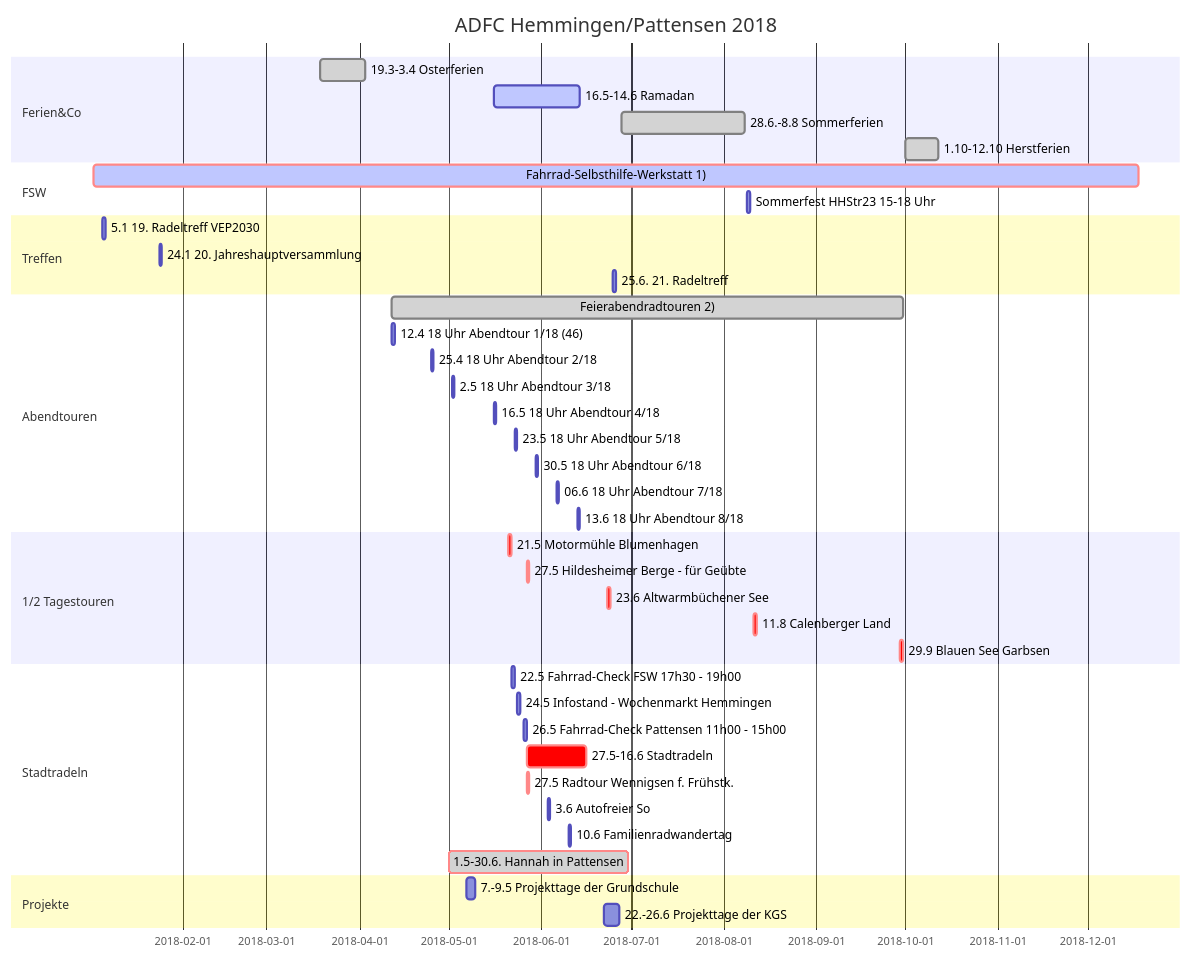
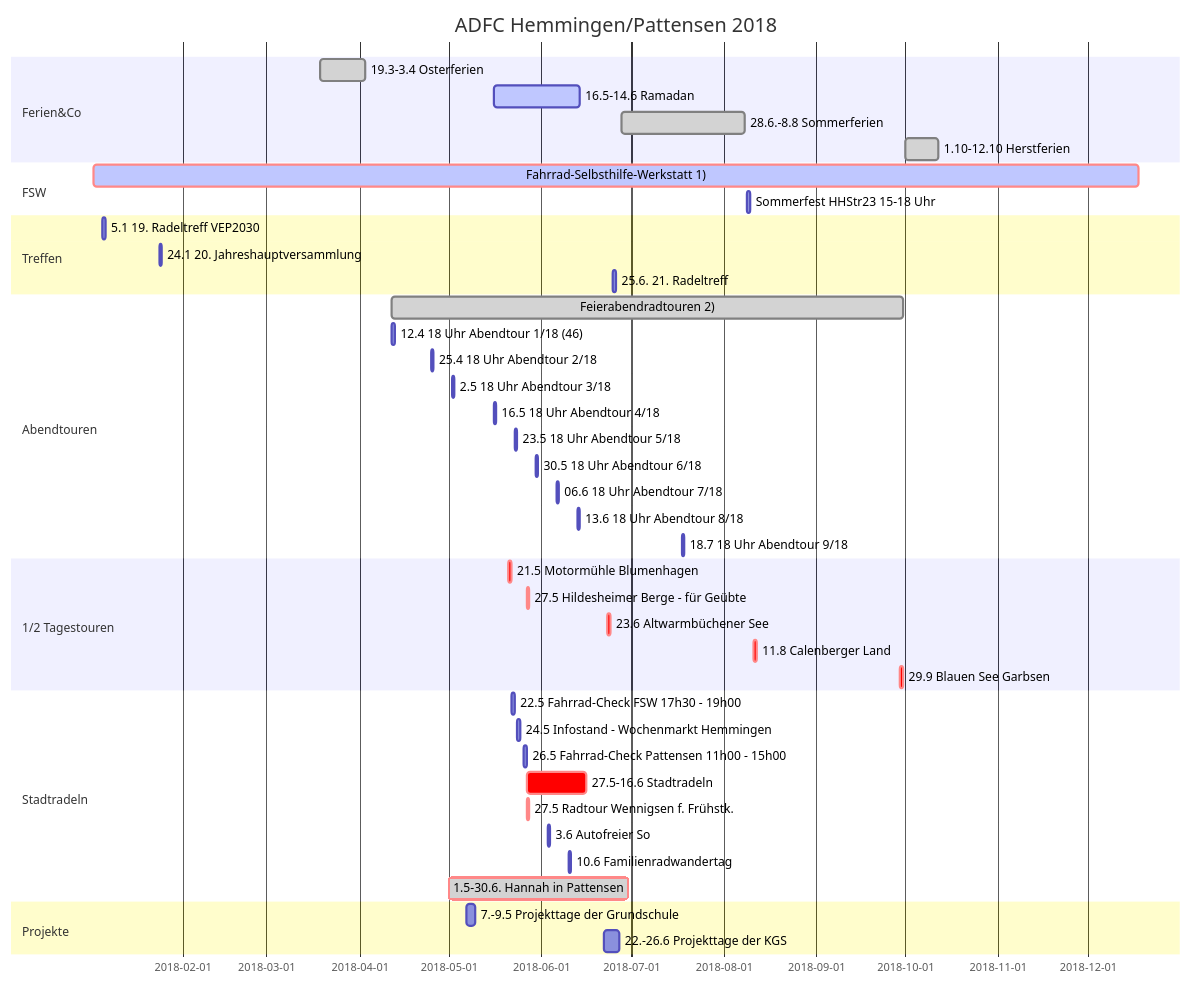
The diagram in index.md (adfc-hemmingen-pattensen/adfc-hemmingen-pattensen.github.io), drawn with Mermaid before and after one commit. The commit also changed other lines of this file and 2 other files, not shown here.

````diff
--- a/index.md
+++ b/index.md
@@ -78,53 +90,54 @@
 ```mermaid
 gantt
   title ADFC Hemmingen/Pattensen 2018
   dateFormat  DD.MM.YY
 
 section Ferien&Co
   19.3-3.4 Osterferien                        :done,        19.03.18, 03.04.18
   16.5-14.6  Ramadan                          :active,done, 16.05.18, 14.06.18
   28.6.-8.8 Sommerferien                      :done,        28.06.18, 08.08.18
   1.10-12.10 Herstferien                      :done,        01.10.18, 12.10.18
 
 section FSW
   Fahrrad-Selbsthilfe-Werkstatt 1)            :crit,active, 02.01.18, 18.12.18
   Sommerfest HHStr23  15-18 Uhr      : 09.08.18, 1d
 
 section Treffen
   5.1 19. Radeltreff VEP2030        : 05.01.18, 1d
   24.1 20. Jahreshauptversammlung   : 24.01.18, 1d
   25.6. 21. Radeltreff              : 25.06.18, 1d
 
 section Abendtouren
   Feierabendradtouren 2)        :done, 12.04.18, 30.09.18
 12.4 18 Uhr Abendtour 1/18 (46) : 12.04.18,1d
 25.4 18 Uhr Abendtour 2/18    : 25.04.18,1d
 2.5 18 Uhr Abendtour 3/18     : 02.05.18,1d
 16.5 18 Uhr Abendtour 4/18     : 16.05.18,1d
 23.5 18 Uhr Abendtour 5/18      : 23.05.18,1d
 30.5 18 Uhr Abendtour 6/18      : 30.05.18,1d
 06.6 18 Uhr Abendtour 7/18      : 06.06.18,1d
 13.6 18 Uhr Abendtour 8/18      : 13.06.18,1d
+18.7 18 Uhr Abendtour 9/18      : 18.07.18,1d
 
 section 1/2 Tagestouren
   21.5 Motormühle Blumenhagen   :crit, 21.05.18,1d
   27.5 Hildesheimer Berge - für Geübte :crit, 27.05.18, 1d
   23.6 Altwarmbüchener See      :crit, 23.06.18,1d
   11.8 Calenberger Land         :crit, 11.08.18,1d
   29.9 Blauen See Garbsen       :crit, 29.09.18,1d
 
 
 section Stadtradeln
   22.5 Fahrrad-Check FSW 17h30 - 19h00                     :             22.05.18, 1d
   24.5 Infostand - Wochenmarkt Hemmingen : 24.05.18,1d
   26.5 Fahrrad-Check Pattensen 11h00 - 15h00              :             26.05.18, 1d
   27.5-16.6 Stadtradeln                       : crit,       27.05.18, 16.06.18
   27.5 Radtour Wennigsen f. Frühstk.          : crit,       27.05.18, 1d
   3.6 Autofreier So                           :             03.06.18, 1d
   10.6 Familienradwandertag                   :             10.06.18, 1d
   1.5-30.6.  Hannah in Pattensen              :crit, done,  01.05.18, 30.06.18
 
 section Projekte
   7.-9.5 Projekttage der Grundschule      :07.05.18, 3d
   22.-26.6 Projekttage der KGS      :22.06.18, 5d
 ```
````
